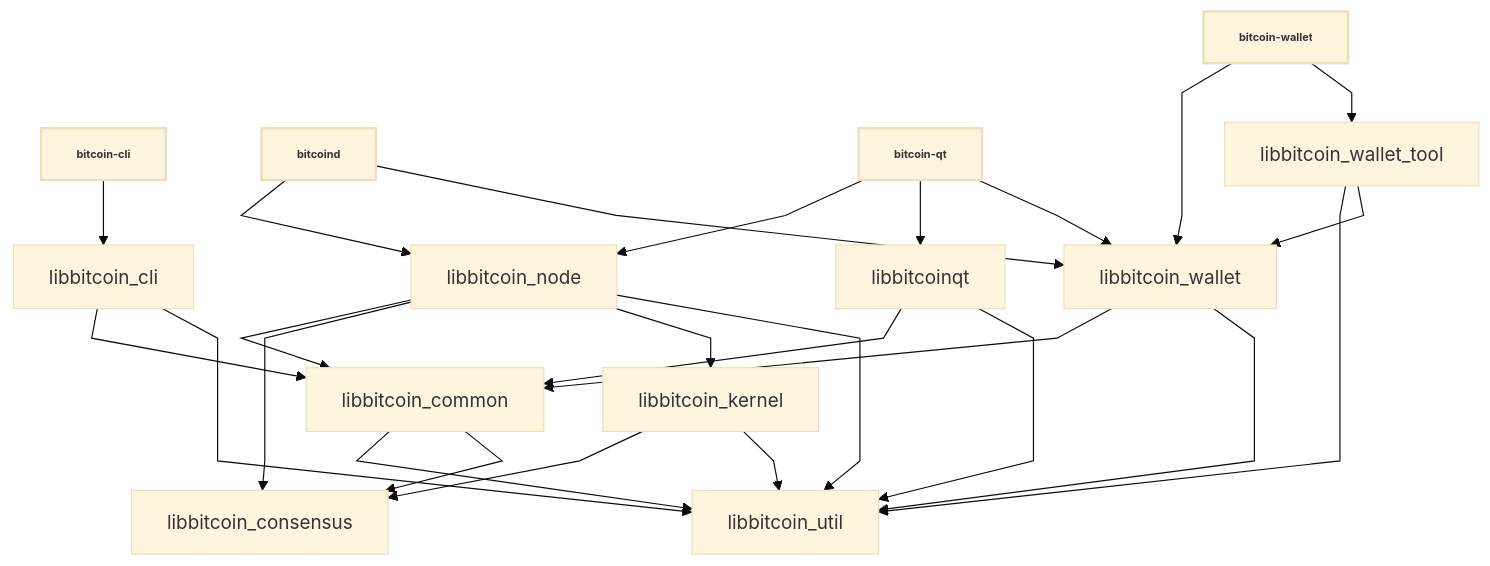
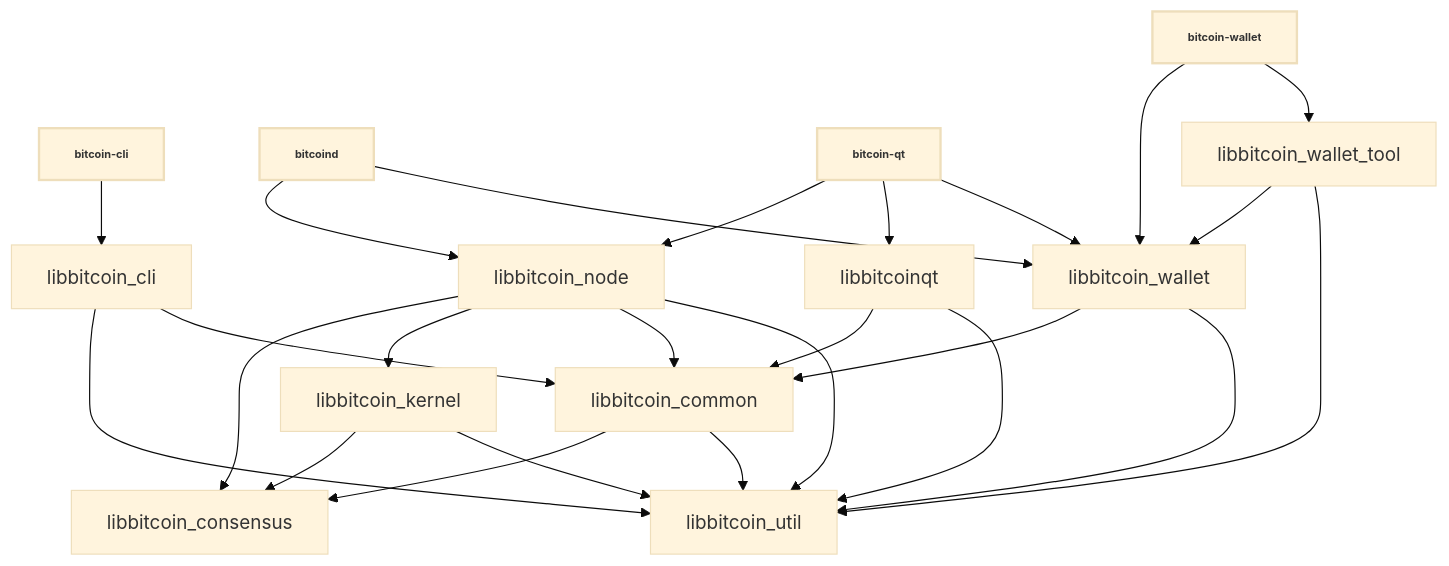
One commit to suiiancm/gui changed the diagram in doc/design/libraries.md. Above: the diagram before and after it, drawn with Mermaid (base theme).

Commit message:
doc: Rearrange some lines in the dependency graph of libraries

````diff
--- a/doc/design/libraries.md
+++ b/doc/design/libraries.md
@@ -36,44 +36,44 @@
 ```mermaid
 
-%%{ init : { "flowchart" : { "curve" : "linear" }}}%%
+%%{ init : { "flowchart" : { "curve" : "basis" }}}%%
 
 graph TD;
 
 bitcoin-cli[bitcoin-cli]-->libbitcoin_cli;
 
 bitcoind[bitcoind]-->libbitcoin_node;
 bitcoind[bitcoind]-->libbitcoin_wallet;
 
 bitcoin-qt[bitcoin-qt]-->libbitcoin_node;
 bitcoin-qt[bitcoin-qt]-->libbitcoinqt;
 bitcoin-qt[bitcoin-qt]-->libbitcoin_wallet;
 
 bitcoin-wallet[bitcoin-wallet]-->libbitcoin_wallet;
 bitcoin-wallet[bitcoin-wallet]-->libbitcoin_wallet_tool;
 
+libbitcoin_cli-->libbitcoin_util;
 libbitcoin_cli-->libbitcoin_common;
-libbitcoin_cli-->libbitcoin_util;
 
+libbitcoin_common-->libbitcoin_consensus;
 libbitcoin_common-->libbitcoin_util;
-libbitcoin_common-->libbitcoin_consensus;
 
 libbitcoin_kernel-->libbitcoin_consensus;
 libbitcoin_kernel-->libbitcoin_util;
 
-libbitcoin_node-->libbitcoin_common;
 libbitcoin_node-->libbitcoin_consensus;
 libbitcoin_node-->libbitcoin_kernel;
+libbitcoin_node-->libbitcoin_common;
 libbitcoin_node-->libbitcoin_util;
 
 libbitcoinqt-->libbitcoin_common;
 libbitcoinqt-->libbitcoin_util;
 
 libbitcoin_wallet-->libbitcoin_common;
 libbitcoin_wallet-->libbitcoin_util;
 
+libbitcoin_wallet_tool-->libbitcoin_wallet;
 libbitcoin_wallet_tool-->libbitcoin_util;
-libbitcoin_wallet_tool-->libbitcoin_wallet;
 
 classDef bold stroke-width:2px, font-weight:bold, font-size: smaller;
 class bitcoin-qt,bitcoind,bitcoin-cli,bitcoin-wallet bold
 ```
````
